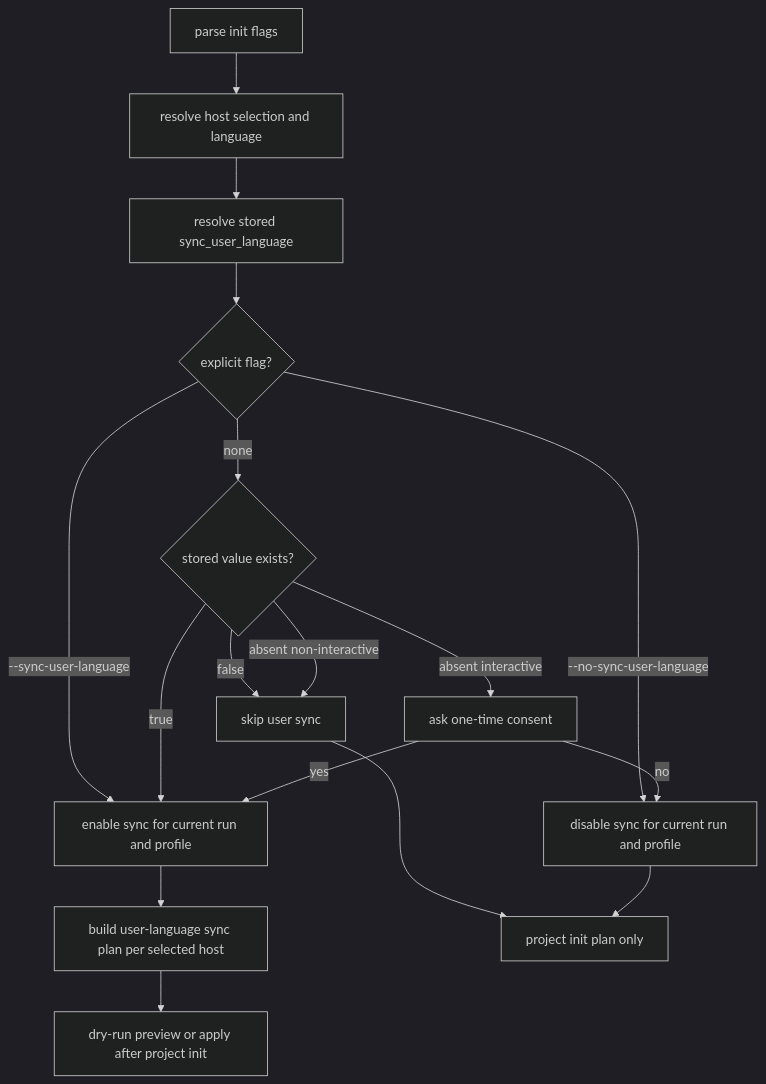
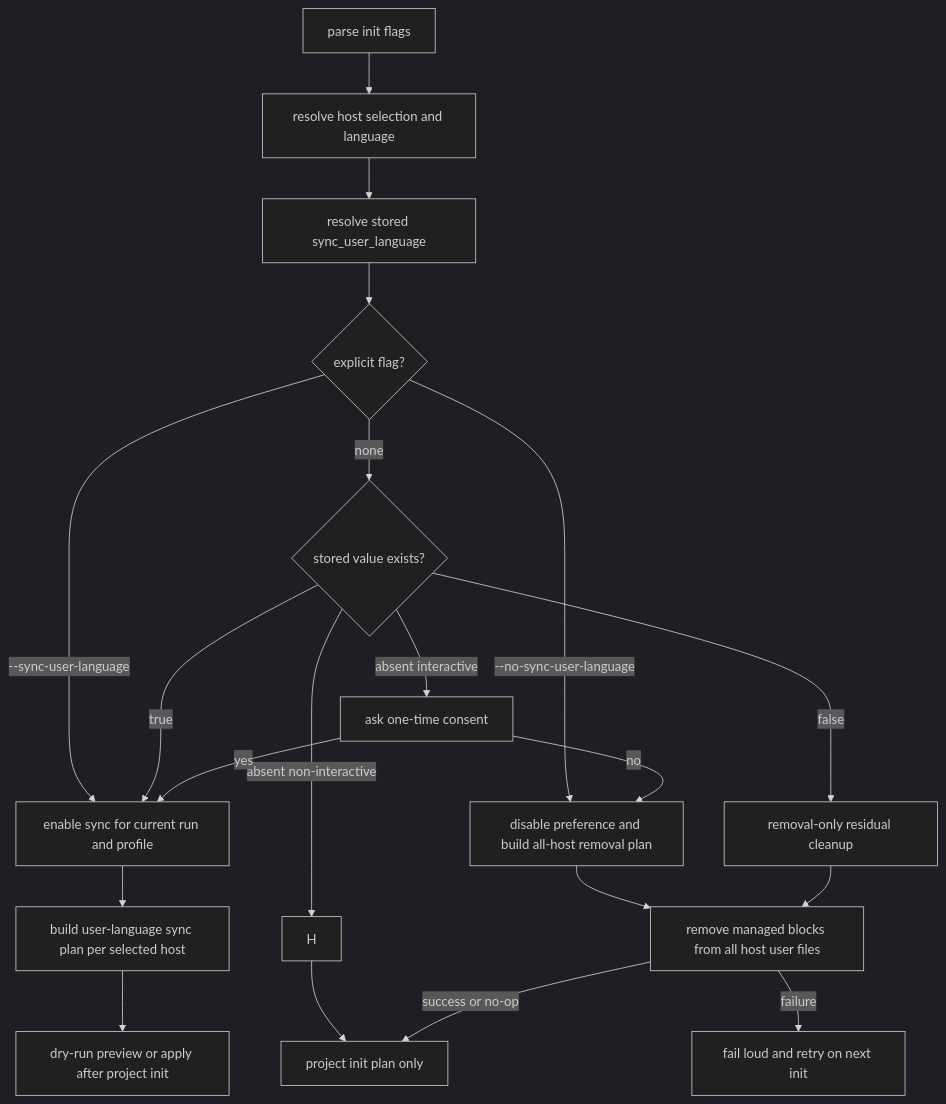
The diagram in docs/plans/2026-06-22-001-feat-user-language-sync-plan.md (ajiao7240/spec-first), drawn with Mermaid (dark theme) before and after one commit. The commit also changed other lines of this file and 13 other files, not shown here.

````diff
--- a/docs/plans/2026-06-22-001-feat-user-language-sync-plan.md
+++ b/docs/plans/2026-06-22-001-feat-user-language-sync-plan.md
@@ -187,19 +195,22 @@
 ```mermaid
 flowchart TB
   A[parse init flags] --> B[resolve host selection and language]
   B --> C[resolve stored sync_user_language]
   C --> D{explicit flag?}
   D -->|--sync-user-language| E[enable sync for current run and profile]
-  D -->|--no-sync-user-language| F[disable sync for current run and profile]
+  D -->|--no-sync-user-language| F[disable preference and build all-host removal plan]
   D -->|none| G{stored value exists?}
   G -->|true| E
-  G -->|false| H[skip user sync]
+  G -->|false| R[removal-only residual cleanup]
   G -->|absent interactive| I[ask one-time consent]
   G -->|absent non-interactive| H
   I -->|yes| E
   I -->|no| F
   E --> J[build user-language sync plan per selected host]
   H --> K[project init plan only]
-  F --> K
+  F --> M[remove managed blocks from all host user files]
+  R --> M
+  M -->|success or no-op| K
+  M -->|failure| N[fail loud and retry on next init]
   J --> L[dry-run preview or apply after project init]
 ```
````
